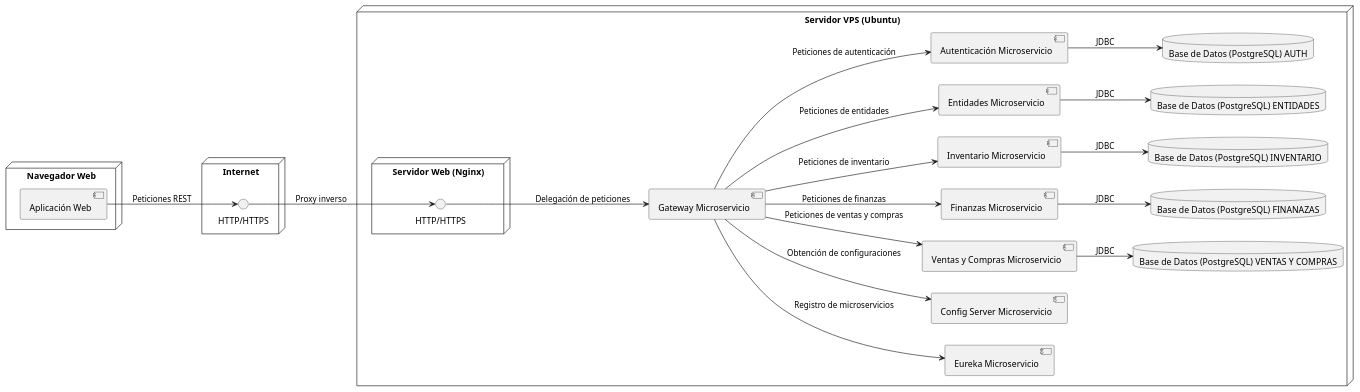
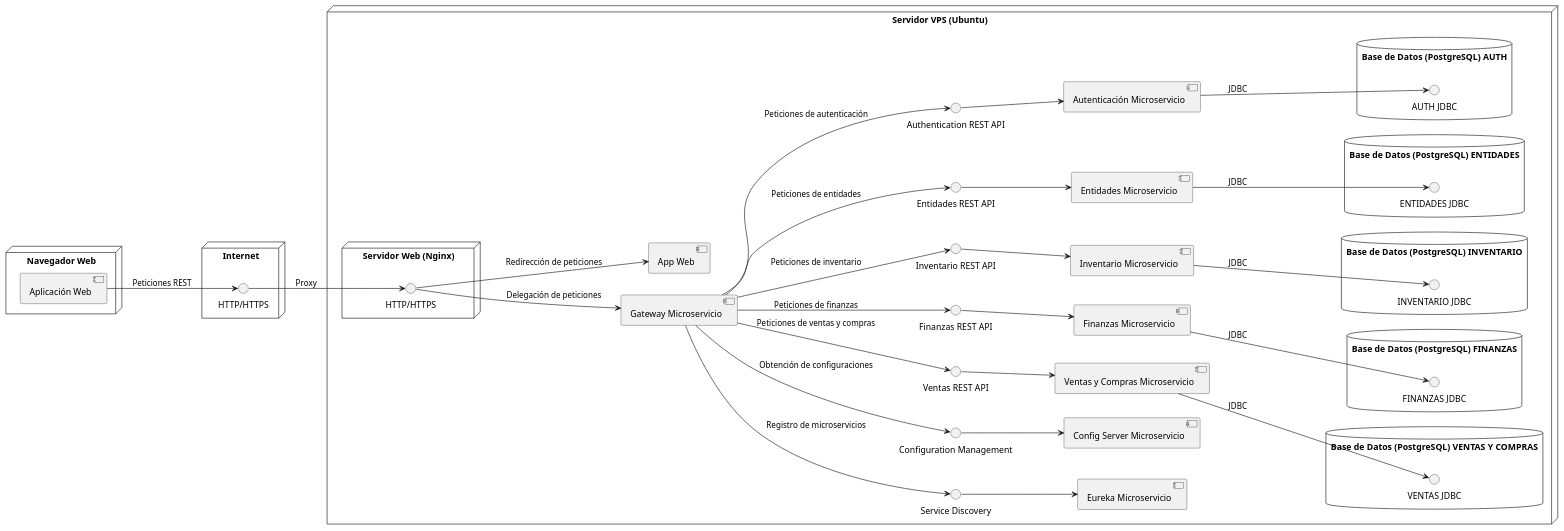
Before and after one commit to Digbers/camal-microservice: the diagram in UML/DD camal.puml, drawn with PlantUML. The commit also changed 174 other files, not shown here.

```diff
--- a/UML/DD camal.puml
+++ b/UML/DD camal.puml
@@ -1,58 +1,93 @@
 @startuml
 left to right direction
 node "Navegador Web" {
     [Aplicación Web]
 }
 
 node "Internet" {
     interface "HTTP/HTTPS" as http
 }
 
 node "Servidor VPS (Ubuntu)" {
-
     node "Servidor Web (Nginx)" {
         interface "HTTP/HTTPS" as http_server
     }
-        [Gateway Microservicio]
-        [Eureka Microservicio]
-        [Config Server Microservicio]
-        [Ventas y Compras Microservicio]
-        [Finanzas Microservicio]
-        [Inventario Microservicio]
-        [Entidades Microservicio]
-        [Autenticación Microservicio]
+
+    [Gateway Microservicio]
+
+    interface "Service Discovery" as eureka_interface
+    [Eureka Microservicio]
+
+    interface "Configuration Management" as config_interface
+    [Config Server Microservicio]
+
+    interface "Ventas REST API" as ventas_interface
+    [Ventas y Compras Microservicio]
+
+    interface "Finanzas REST API" as finanzas_interface
+    [Finanzas Microservicio]
+
+    interface "Inventario REST API" as inventario_interface
+    [Inventario Microservicio]
+
+    interface "Entidades REST API" as entidades_interface
+    [Entidades Microservicio]
+
+    interface "Authentication REST API" as auth_interface
+    [Autenticación Microservicio]
 
     database "Base de Datos (PostgreSQL) AUTH" {
+        interface "AUTH JDBC" as auth_db_interface
         [Autenticación Microservicio]
     }
+
     database "Base de Datos (PostgreSQL) ENTIDADES" {
-            [Entidades Microservicio]
+        interface "ENTIDADES JDBC" as entidades_db_interface
+        [Entidades Microservicio]
     }
 
     database "Base de Datos (PostgreSQL) INVENTARIO"{
-     [Inventario Microservicio]
+        interface "INVENTARIO JDBC" as inventario_db_interface
+        [Inventario Microservicio]
     }
-    database "Base de Datos (PostgreSQL) FINANAZAS" {
-         [Finanzas Microservicio]
+
+    database "Base de Datos (PostgreSQL) FINANZAS" {
+        interface "FINANZAS JDBC" as finanzas_db_interface
+        [Finanzas Microservicio]
     }
+
     database "Base de Datos (PostgreSQL) VENTAS Y COMPRAS"{
-             [Ventas y Compras Microservicio]
+        interface "VENTAS JDBC" as ventas_db_interface
+        [Ventas y Compras Microservicio]
     }
+
+    [Aplicación Web] --> http : Peticiones REST
+    http --> http_server : Proxy
+    http_server --> [Gateway Microservicio] : Delegación de peticiones
+    http_server --> [App Web] : Redirección de peticiones
+
+    [Gateway Microservicio] --> eureka_interface : Registro de microservicios
+    [Gateway Microservicio] --> config_interface : Obtención de configuraciones
+
+    [Gateway Microservicio] --> ventas_interface : Peticiones de ventas y compras
+    [Gateway Microservicio] --> finanzas_interface : Peticiones de finanzas
+    [Gateway Microservicio] --> inventario_interface : Peticiones de inventario
+    [Gateway Microservicio] --> entidades_interface : Peticiones de entidades
+    [Gateway Microservicio] --> auth_interface : Peticiones de autenticación
+    auth_interface --> [Autenticación Microservicio]
+    finanzas_interface --> [Finanzas Microservicio]
+    inventario_interface --> [Inventario Microservicio]
+    entidades_interface --> [Entidades Microservicio]
+    ventas_interface --> [Ventas y Compras Microservicio]
+    config_interface --> [Config Server Microservicio]
+
+    eureka_interface --> [Eureka Microservicio]
+
+
+    [Autenticación Microservicio] --> auth_db_interface : JDBC
+    [Ventas y Compras Microservicio] --> ventas_db_interface : JDBC
+    [Finanzas Microservicio] --> finanzas_db_interface : JDBC
+    [Inventario Microservicio] --> inventario_db_interface : JDBC
+    [Entidades Microservicio] --> entidades_db_interface : JDBC
 }
-
-[Aplicación Web] --> http : Peticiones REST
-http --> http_server : Proxy inverso
-http_server --> [Gateway Microservicio] : Delegación de peticiones
-[Gateway Microservicio] --> [Eureka Microservicio] : Registro de microservicios
-[Gateway Microservicio] --> [Config Server Microservicio] : Obtención de configuraciones
-[Gateway Microservicio] --> [Ventas y Compras Microservicio] : Peticiones de ventas y compras
-[Gateway Microservicio] --> [Finanzas Microservicio] : Peticiones de finanzas
-[Gateway Microservicio] --> [Inventario Microservicio] : Peticiones de inventario
-[Gateway Microservicio] --> [Entidades Microservicio] : Peticiones de entidades
-[Gateway Microservicio] --> [Autenticación Microservicio] : Peticiones de autenticación
-[Autenticación Microservicio] --> [Base de Datos (PostgreSQL) AUTH] : JDBC
-[Ventas y Compras Microservicio] --> [Base de Datos (PostgreSQL) VENTAS Y COMPRAS] : JDBC
-[Finanzas Microservicio] --> [Base de Datos (PostgreSQL) FINANAZAS] : JDBC
-[Inventario Microservicio] --> [Base de Datos (PostgreSQL) INVENTARIO] : JDBC
-[Entidades Microservicio] --> [Base de Datos (PostgreSQL) ENTIDADES] : JDBC
 @enduml
```
